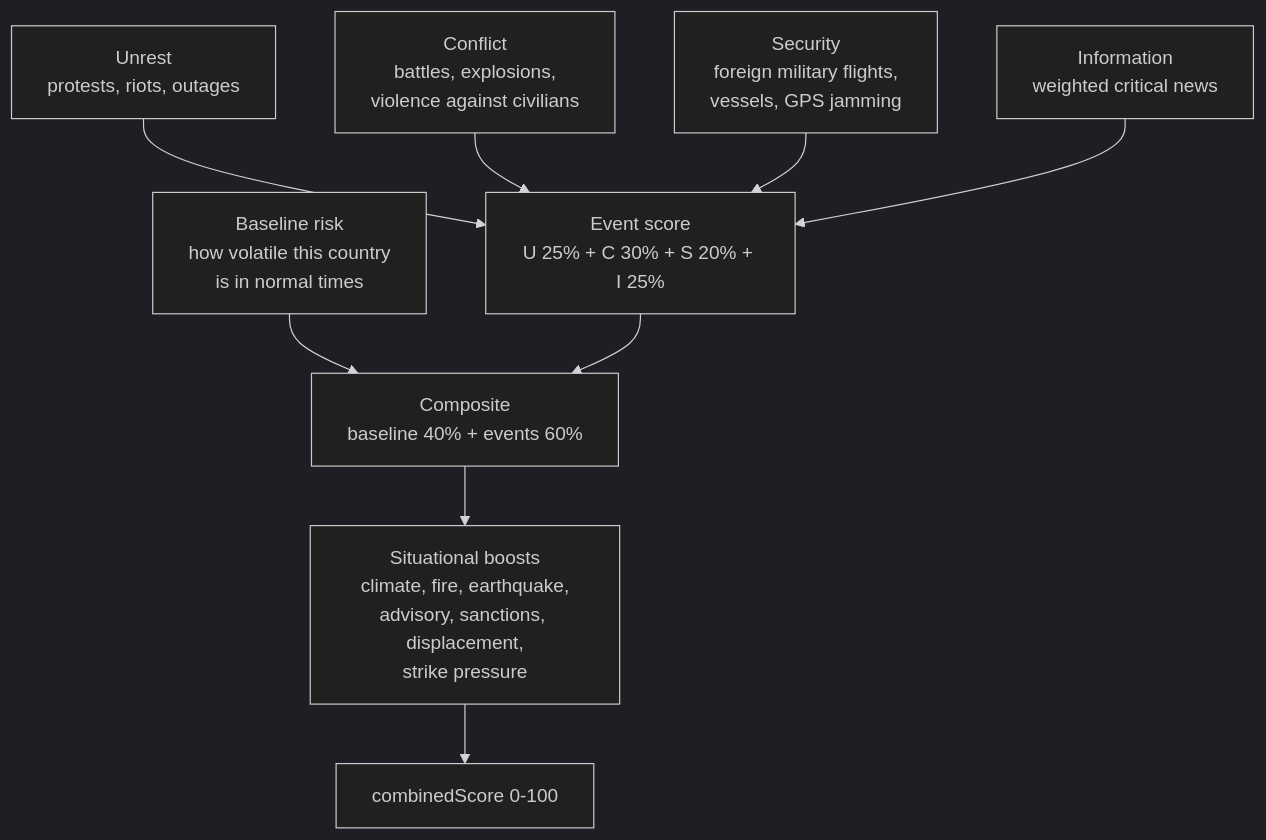
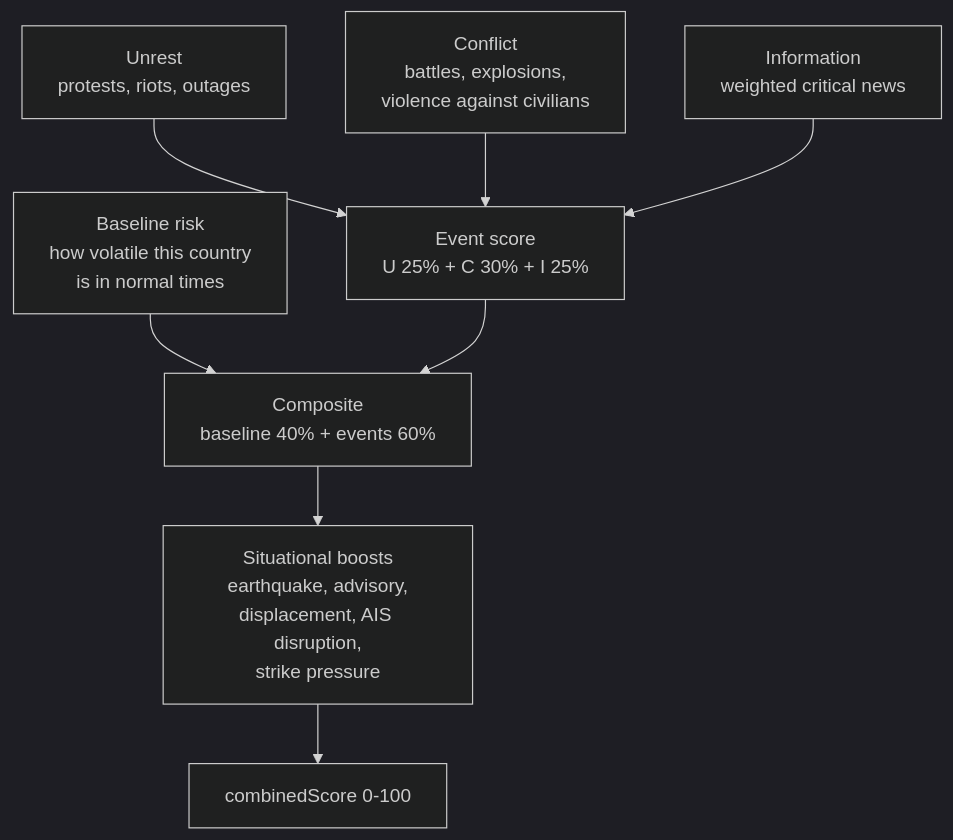
The diagram in docs/methodology/cii-risk-scores.mdx (khris117/worldmonitor-custom), drawn with Mermaid (dark theme) before and after one commit. The commit also changed other lines of this file and 27 other files, not shown here.

````diff
--- a/docs/methodology/cii-risk-scores.mdx
+++ b/docs/methodology/cii-risk-scores.mdx
@@ -42,11 +43,10 @@
 ```mermaid
 flowchart TD
-  U["Unrest<br/>protests, riots, outages"] --> E["Event score<br/>U 25% + C 30% + S 20% + I 25%"]
+  U["Unrest<br/>protests, riots, outages"] --> E["Event score<br/>U 25% + C 30% + I 25%"]
   C["Conflict<br/>battles, explosions,<br/>violence against civilians"] --> E
-  S["Security<br/>foreign military flights,<br/>vessels, GPS jamming"] --> E
   I["Information<br/>weighted critical news"] --> E
   B["Baseline risk<br/>how volatile this country<br/>is in normal times"] --> M["Composite<br/>baseline 40% + events 60%"]
   E --> M
-  M --> X["Situational boosts<br/>climate, fire, earthquake,<br/>advisory, sanctions, displacement,<br/>strike pressure"]
+  M --> X["Situational boosts<br/>earthquake, advisory,<br/>displacement, AIS disruption,<br/>strike pressure"]
   X --> R["combinedScore 0-100"]
 ```
````
